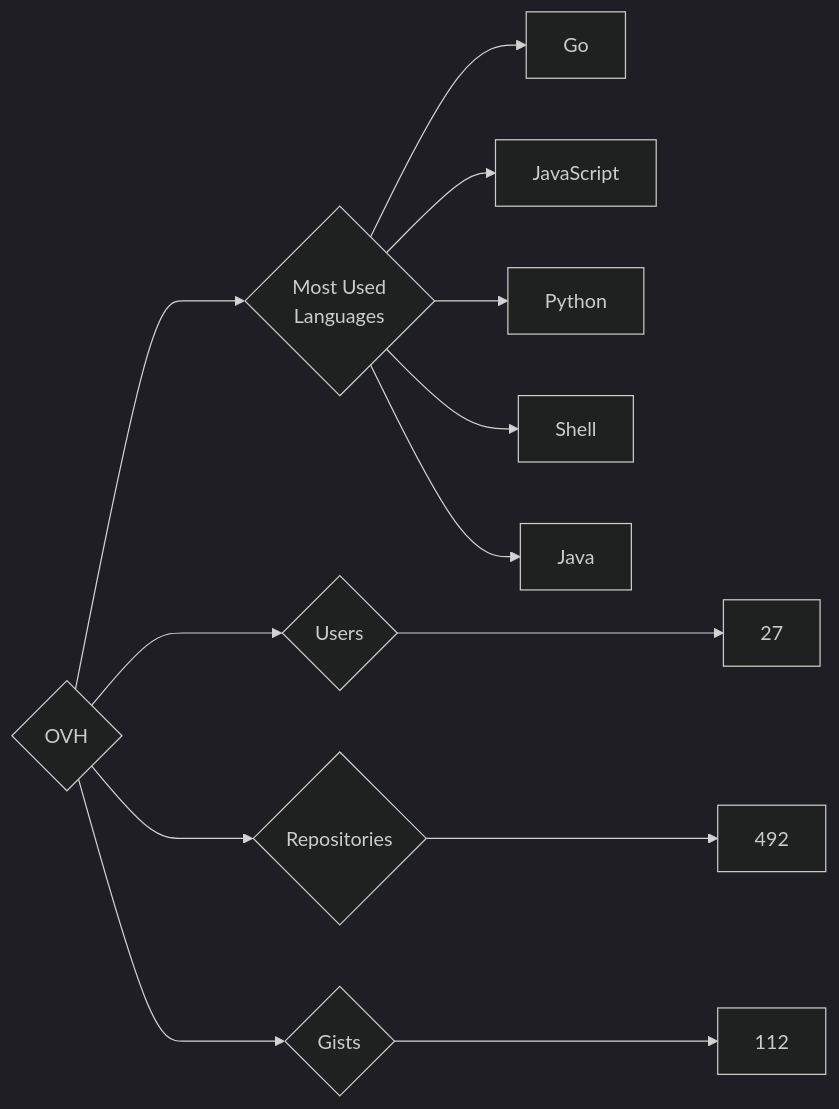
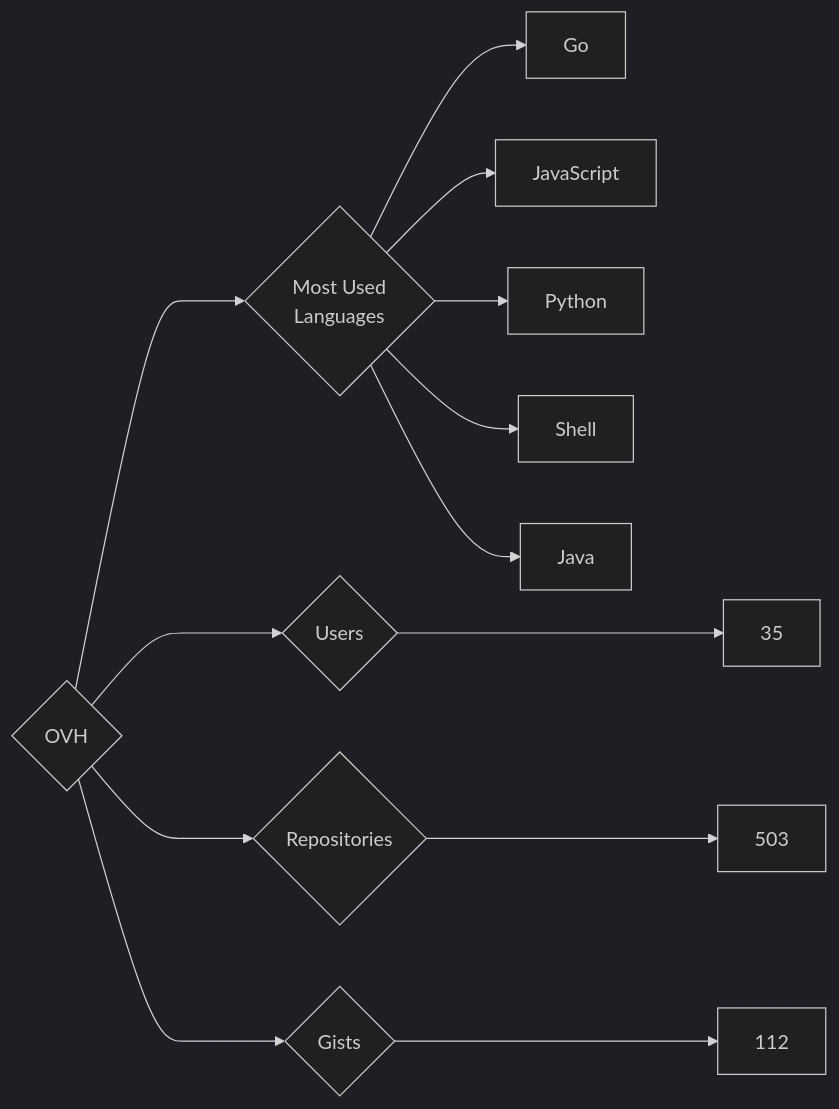
One commit to trickest/insiders changed the diagram in targets/OVH/README.md. Above: the diagram before and after it, drawn with Mermaid (dark theme). The commit also changed 794 other files, not shown here.

````diff
--- a/targets/OVH/README.md
+++ b/targets/OVH/README.md
@@ -3,13 +3,13 @@
 ```mermaid
 graph LR
 COMPANY_NAME{OVH}
-COMPANY_NAME ---> U{Users} ---> UN[27]
-COMPANY_NAME ---> R{Repositories} ---> RN[492]
+COMPANY_NAME ---> U{Users} ---> UN[35]
+COMPANY_NAME ---> R{Repositories} ---> RN[503]
 COMPANY_NAME ---> G{Gists} ---> GN[112]
 COMPANY_NAME ---> ML{Most Used<br>Languages}
 ML --> Go[Go]
 ML --> JavaScript[JavaScript]
 ML --> Python[Python]
 ML --> Shell[Shell]
 ML --> Java[Java]
 ```
````
